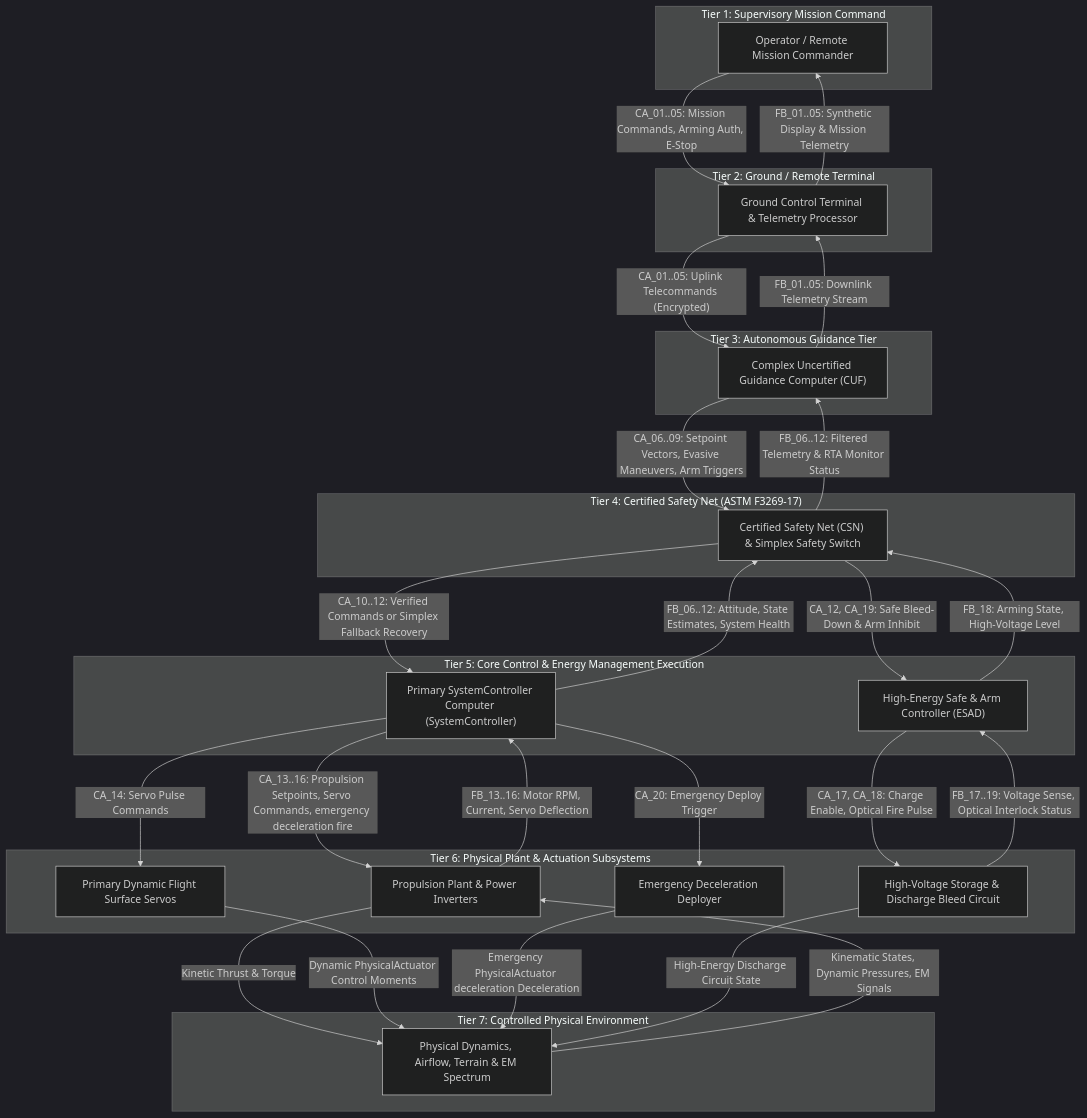
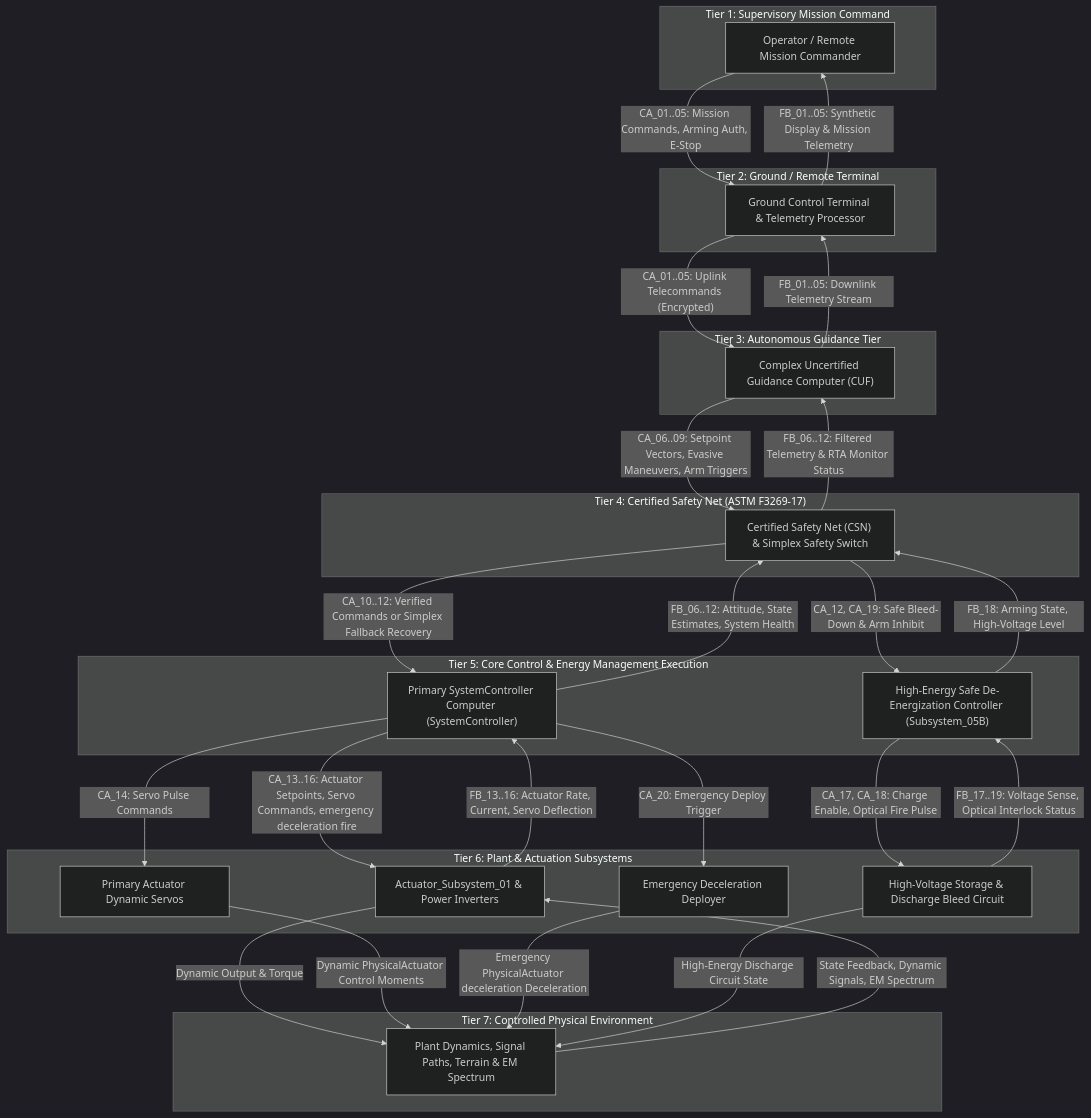
Before and after one commit to gintatkinson/DEAP01-spec-core: the fourth of 11 diagrams in docs/architecture/blueprints/DEAP_DETERMINISTIC_SAFETY_SPECIFICATION_COMPILER_BLUEPRINT.md, drawn with Mermaid (dark theme). The commit also changed other lines of this file and 34 other files, not shown here.

Commit message:
docs(architecture): decontaminate reference blueprints and establish master execution plan (refs #405, refs #406)

````diff
--- a/docs/architecture/blueprints/DEAP_DETERMINISTIC_SAFETY_SPECIFICATION_COMPILER_BLUEPRINT.md
+++ b/docs/architecture/blueprints/DEAP_DETERMINISTIC_SAFETY_SPECIFICATION_COMPILER_BLUEPRINT.md
@@ -257,57 +257,57 @@
 ```mermaid
 flowchart TD
     subgraph "Tier 1: Supervisory Mission Command"
         T1["Operator / Remote Mission Commander"]
     end
 
     subgraph "Tier 2: Ground / Remote Terminal"
         T2["Ground Control Terminal & Telemetry Processor"]
     end
 
     subgraph "Tier 3: Autonomous Guidance Tier"
         T3["Complex Uncertified Guidance Computer (CUF)"]
     end
 
     subgraph "Tier 4: Certified Safety Net (ASTM F3269-17)"
         T4["Certified Safety Net (CSN) & Simplex Safety Switch"]
     end
 
     subgraph "Tier 5: Core Control & Energy Management Execution"
         T5A["Primary SystemController Computer (SystemController)"]
-        T5B["High-Energy Safe & Arm Controller (ESAD)"]
+        T5B["High-Energy Safe De-Energization Controller (Subsystem_05B)"]
     end
 
-    subgraph "Tier 6: Physical Plant & Actuation Subsystems"
-        T6A["Propulsion Plant & Power Inverters"]
-        T6B["Primary Dynamic Flight Surface Servos"]
+    subgraph "Tier 6: Plant & Actuation Subsystems"
+        T6A["Actuator_Subsystem_01 & Power Inverters"]
+        T6B["Primary Actuator Dynamic Servos"]
         T6C["Emergency Deceleration Deployer"]
         T6D["High-Voltage Storage & Discharge Bleed Circuit"]
     end
 
     subgraph "Tier 7: Controlled Physical Environment"
-        T7["Physical Dynamics, Airflow, Terrain & EM Spectrum"]
+        T7["Plant Dynamics, Signal Paths, Terrain & EM Spectrum"]
     end
 
     T1 -->|"CA_01..05: Mission Commands, Arming Auth, E-Stop"| T2
     T2 -->|"CA_01..05: Uplink Telecommands (Encrypted)"| T3
     T3 -->|"CA_06..09: Setpoint Vectors, Evasive Maneuvers, Arm Triggers"| T4
     T4 -->|"CA_10..12: Verified Commands or Simplex Fallback Recovery"| T5A
     T4 -->|"CA_12, CA_19: Safe Bleed-Down & Arm Inhibit"| T5B
-    T5A -->|"CA_13..16: Propulsion Setpoints, Servo Commands, emergency deceleration fire"| T6A
+    T5A -->|"CA_13..16: Actuator Setpoints, Servo Commands, emergency deceleration fire"| T6A
     T5A -->|"CA_14: Servo Pulse Commands"| T6B
     T5A -->|"CA_20: Emergency Deploy Trigger"| T6C
     T5B -->|"CA_17, CA_18: Charge Enable, Optical Fire Pulse"| T6D
-    T6A -->|"Kinetic Thrust & Torque"| T7
+    T6A -->|"Dynamic Output & Torque"| T7
     T6B -->|"Dynamic PhysicalActuator Control Moments"| T7
     T6C -->|"Emergency PhysicalActuator deceleration Deceleration"| T7
     T6D -->|"High-Energy Discharge Circuit State"| T7
 
-    T7 -->|"Kinematic States, Dynamic Pressures, EM Signals"| T6A
-    T6A -->|"FB_13..16: Motor RPM, Current, Servo Deflection"| T5A
+    T7 -->|"State Feedback, Dynamic Signals, EM Spectrum"| T6A
+    T6A -->|"FB_13..16: Actuator Rate, Current, Servo Deflection"| T5A
     T6D -->|"FB_17..19: Voltage Sense, Optical Interlock Status"| T5B
     T5A -->|"FB_06..12: Attitude, State Estimates, System Health"| T4
     T5B -->|"FB_18: Arming State, High-Voltage Level"| T4
     T4 -->|"FB_06..12: Filtered Telemetry & RTA Monitor Status"| T3
     T3 -->|"FB_01..05: Downlink Telemetry Stream"| T2
     T2 -->|"FB_01..05: Synthetic Display & Mission Telemetry"| T1
 ```
````
